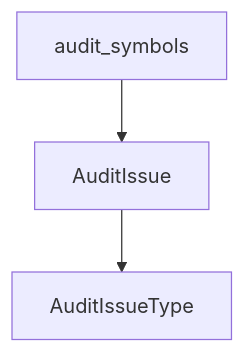
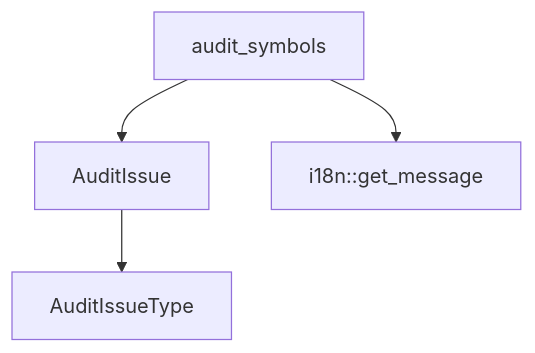
Before and after one commit to DovahkiinYuzuko/DocsAuditor: the diagram in docs/variables'n'functions/[Rust]auditor.md, drawn with Mermaid. The commit also changed other lines of this file and 8 other files, not shown here.

````diff
--- a/docs/variables'n'functions/[Rust]auditor.md
+++ b/docs/variables'n'functions/[Rust]auditor.md
@@ -51,5 +53,6 @@
 ```mermaid
 graph TD
     audit_symbols --> AuditIssue
+    audit_symbols --> i18n::get_message
     AuditIssue --> AuditIssueType
 ```
````
